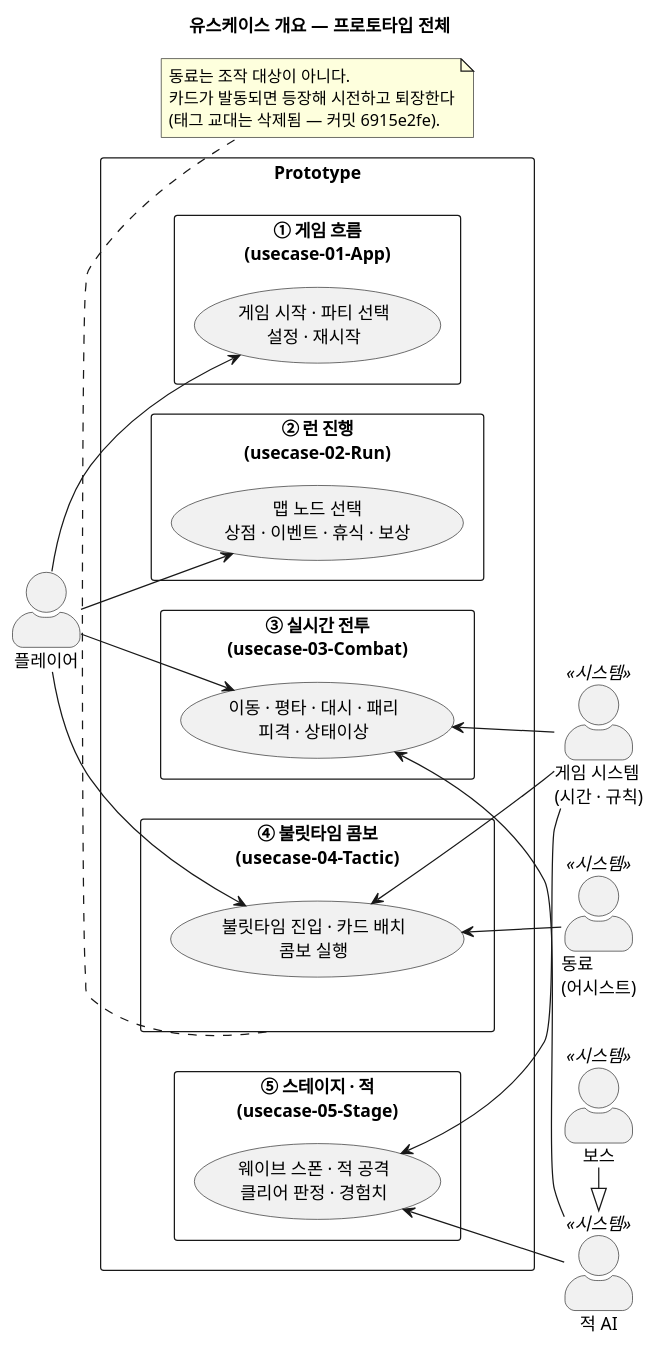
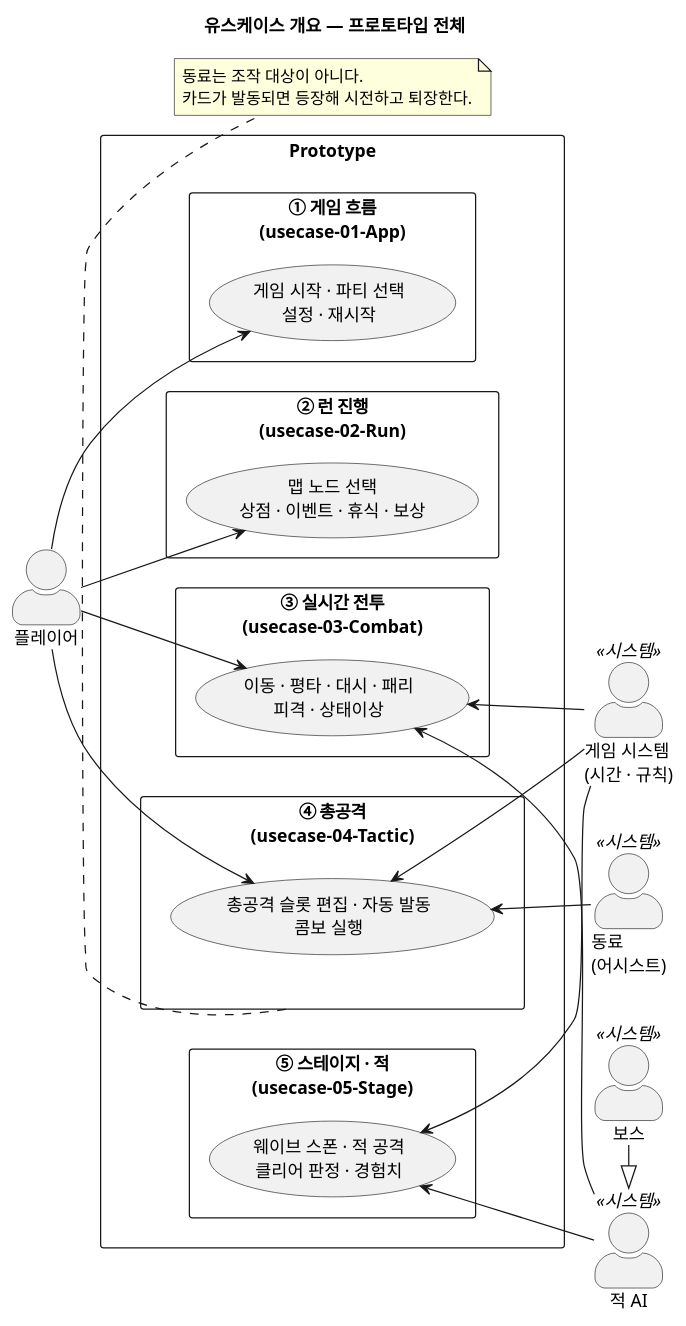
The diagram in docs/uml/usecase-00-Overview.puml (jukanmi/Prototype), drawn with PlantUML before and after one commit. The commit also changed 193 other files, not shown here.

```diff
--- a/docs/uml/usecase-00-Overview.puml
+++ b/docs/uml/usecase-00-Overview.puml
@@ -1,53 +1,52 @@
 @startuml usecase-00-Overview
 ' 유스케이스 개요 — 액터와 하위 시스템(패키지)만. 상세는 usecase-01 ~ 05.
 title 유스케이스 개요 — 프로토타입 전체
 
 left to right direction
 skinparam shadowing false
 skinparam packageStyle rectangle
 skinparam actorStyle awesome
 
 actor "플레이어" as Player
 actor "적 AI" as EnemyAI <<시스템>>
 actor "보스" as Boss <<시스템>>
 actor "동료\n(어시스트)" as Ally <<시스템>>
 actor "게임 시스템\n(시간 · 규칙)" as GameSys <<시스템>>
 
 Boss -|> EnemyAI
 
 rectangle "Prototype" {
   package "① 게임 흐름\n(usecase-01-App)" as App {
     usecase "게임 시작 · 파티 선택\n설정 · 재시작" as UC_App
   }
   package "② 런 진행\n(usecase-02-Run)" as Run {
     usecase "맵 노드 선택\n상점 · 이벤트 · 휴식 · 보상" as UC_Run
   }
   package "③ 실시간 전투\n(usecase-03-Combat)" as Combat {
     usecase "이동 · 평타 · 대시 · 패리\n피격 · 상태이상" as UC_Combat
   }
-  package "④ 불릿타임 콤보\n(usecase-04-Tactic)" as Tactic {
-    usecase "불릿타임 진입 · 카드 배치\n콤보 실행" as UC_Tactic
+  package "④ 총공격\n(usecase-04-Tactic)" as Tactic {
+    usecase "총공격 슬롯 편집 · 자동 발동\n콤보 실행" as UC_Tactic
   }
   package "⑤ 스테이지 · 적\n(usecase-05-Stage)" as Stage {
     usecase "웨이브 스폰 · 적 공격\n클리어 판정 · 경험치" as UC_Stage
   }
 }
 
 Player --> UC_App
 Player --> UC_Run
 Player --> UC_Combat
 Player --> UC_Tactic
 
 UC_Combat <-- EnemyAI
 UC_Stage <-- EnemyAI
 UC_Tactic <-- Ally
 UC_Combat <-- GameSys
 UC_Tactic <-- GameSys
 UC_Stage <-- GameSys
 
 note bottom of Tactic
   동료는 조작 대상이 아니다.
-  카드가 발동되면 등장해 시전하고 퇴장한다
-  (태그 교대는 삭제됨 — 커밋 6915e2fe).
+  카드가 발동되면 등장해 시전하고 퇴장한다.
 end note
 @enduml
```
